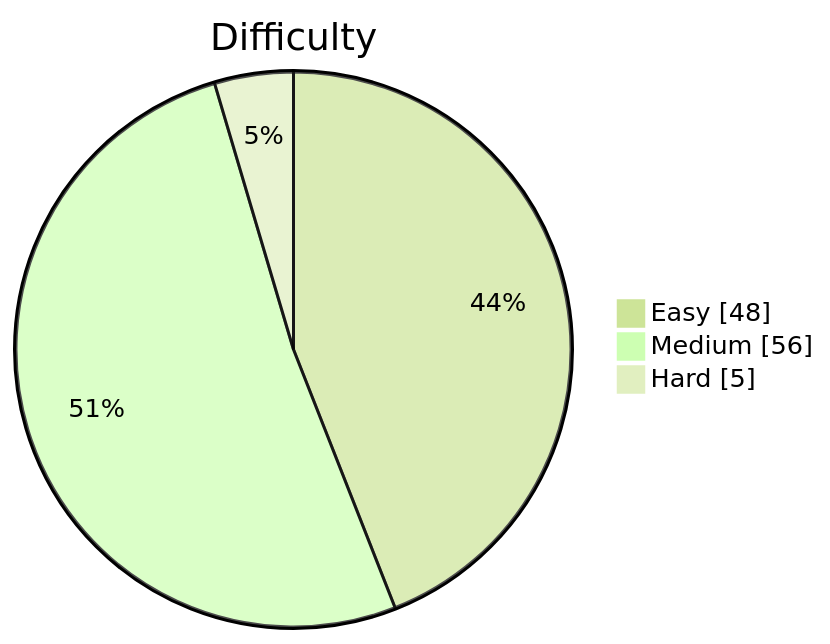
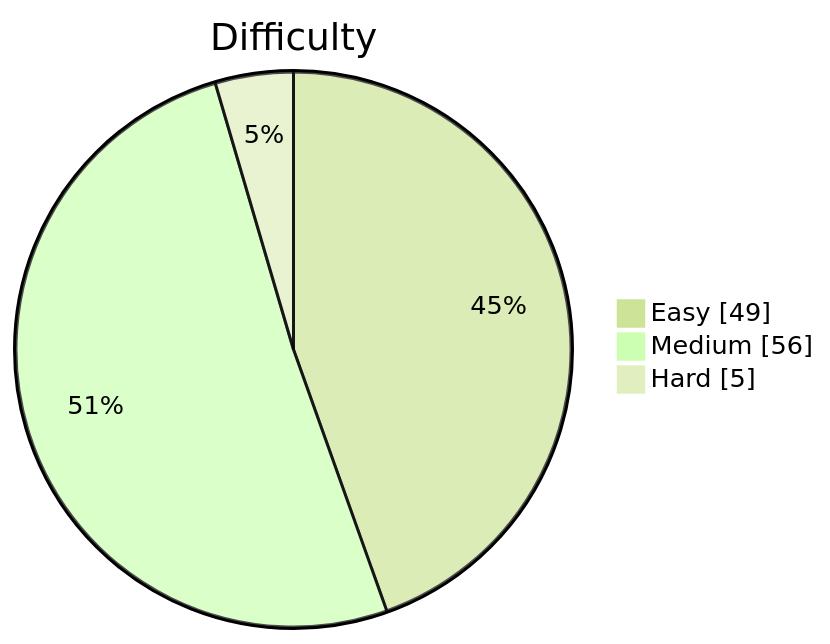
One commit to kevstevie/python-algo-practice changed the diagram in README.md. Above: the diagram before and after it, drawn with Mermaid (forest theme). The commit also changed other lines of this file, not shown here.

````diff
--- a/README.md
+++ b/README.md
@@ -13,7 +13,7 @@
 ```mermaid
 pie showData
     title Difficulty
-    "Easy"   : 48
+    "Easy"   : 49
     "Medium" : 56
     "Hard"   : 5
 ```
````
